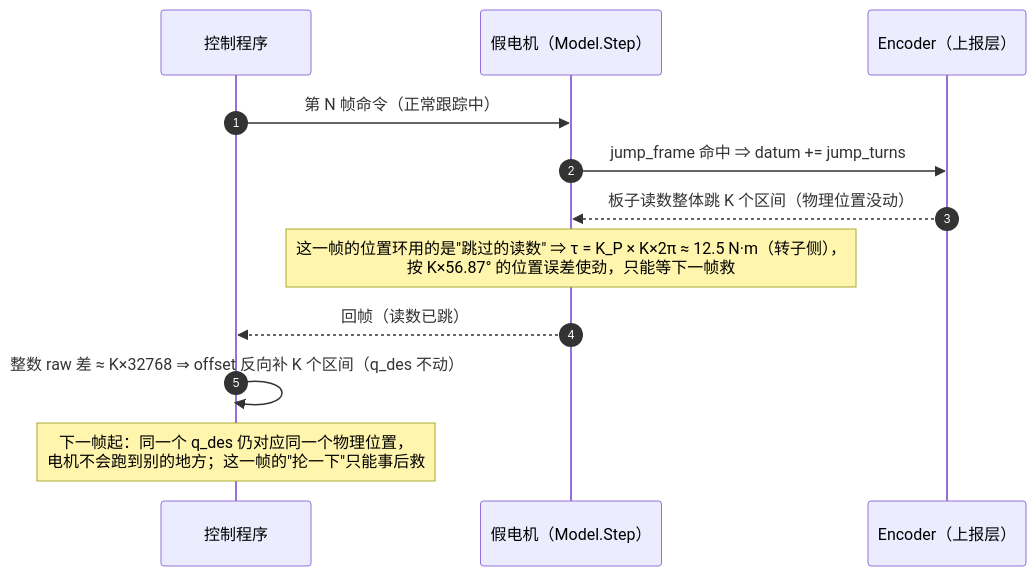
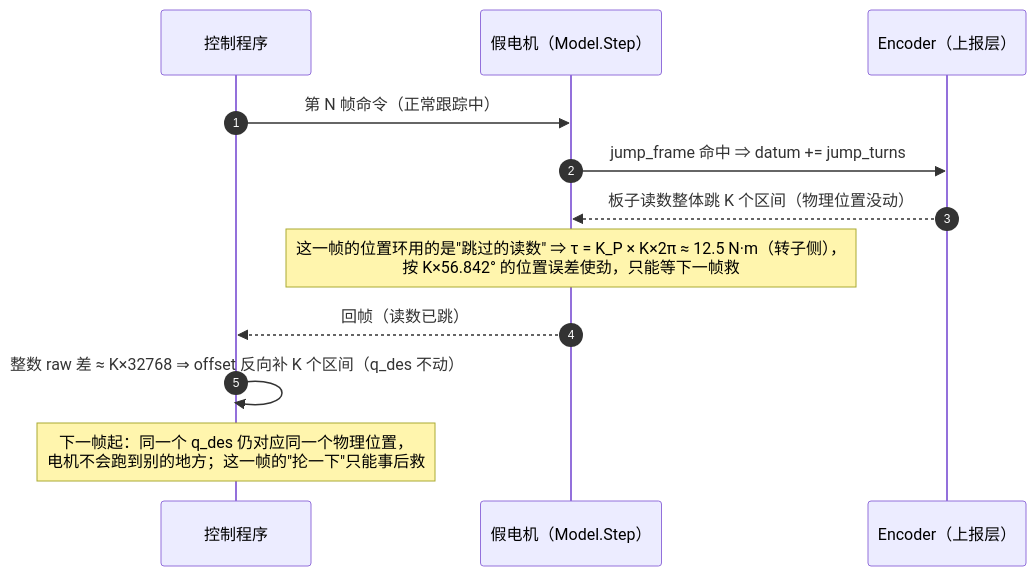
The fifth of 5 diagrams in @20260927_motor/cpp_part2/docs/fake_motor.md (What410802/quadruped-training-what410802), drawn with Mermaid before and after one commit. The commit also changed other lines of this file and 12 other files, not shown here.

````diff
--- a/@20260927_motor/cpp_part2/docs/fake_motor.md
+++ b/@20260927_motor/cpp_part2/docs/fake_motor.md
@@ -196,14 +196,14 @@
 ```mermaid
 sequenceDiagram
     autonumber
     participant P as 控制程序
     participant F as 假电机（Model.Step）
     participant E as Encoder（上报层）
     P->>F: 第 N 帧命令（正常跟踪中）
     F->>E: jump_frame 命中 ⇒ datum += jump_turns
     E-->>F: 板子读数整体跳 K 个区间（物理位置没动）
-    Note over F: 这一帧的位置环用的是"跳过的读数" ⇒ τ = K_P × K×2π ≈ 12.5 N·m（转子侧），<br/>按 K×56.87° 的位置误差使劲，只能等下一帧救
+    Note over F: 这一帧的位置环用的是"跳过的读数" ⇒ τ = K_P × K×2π ≈ 12.5 N·m（转子侧），<br/>按 K×56.842° 的位置误差使劲，只能等下一帧救
     F-->>P: 回帧（读数已跳）
     P->>P: 整数 raw 差 ≈ K×32768 ⇒ offset 反向补 K 个区间（q_des 不动）
     Note over P: 下一帧起：同一个 q_des 仍对应同一个物理位置，<br/>电机不会跑到别的地方；这一帧的"抡一下"只能事后救
 ```
````
